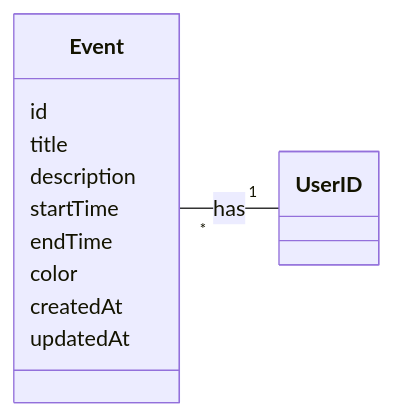
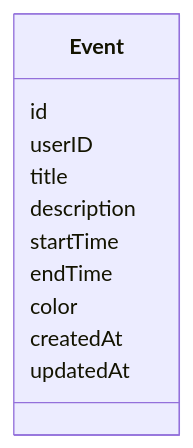
One commit to qkitzero/event-service changed the first of 2 diagrams in README.md. Above: the diagram before and after it, drawn with Mermaid.

Commit message:
docs: model UserID as an attribute on Event (#89)
UserID is a value object identifying the owner of an event, not an
independent aggregate that lives in this service, so the class
diagram should not draw it as its own class with a relation. Show
it as an Event field instead, matching how workout-service renders
the same concept.

````diff
--- a/README.md
+++ b/README.md
@@ -19,20 +19,16 @@
 ```mermaid
 classDiagram
     direction LR
 
     class Event {
         id
+        userID
         title
         description
         startTime
         endTime
         color
         createdAt
         updatedAt
     }
-
-    class UserID {
-    }
-
-     Event "*" -- "1" UserID : has
 ```
````
